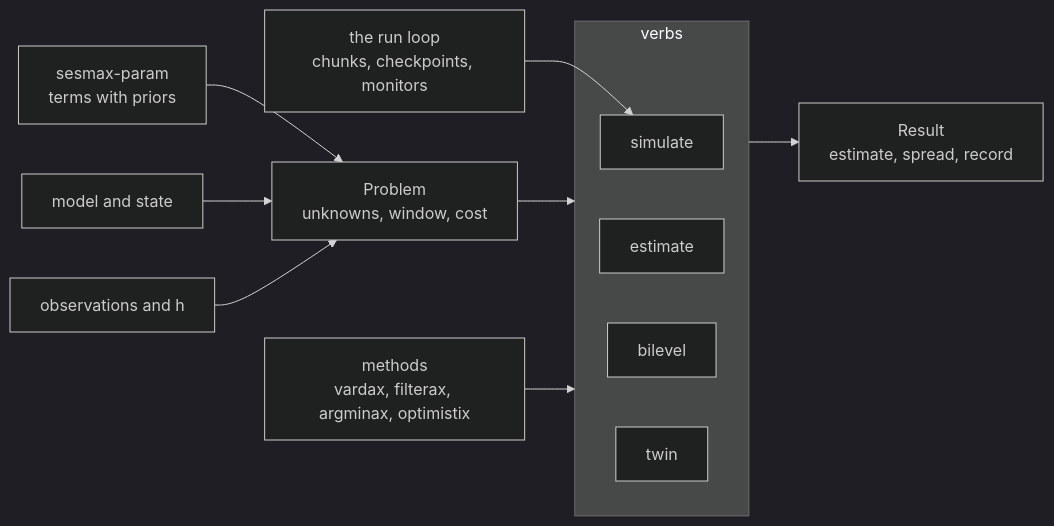
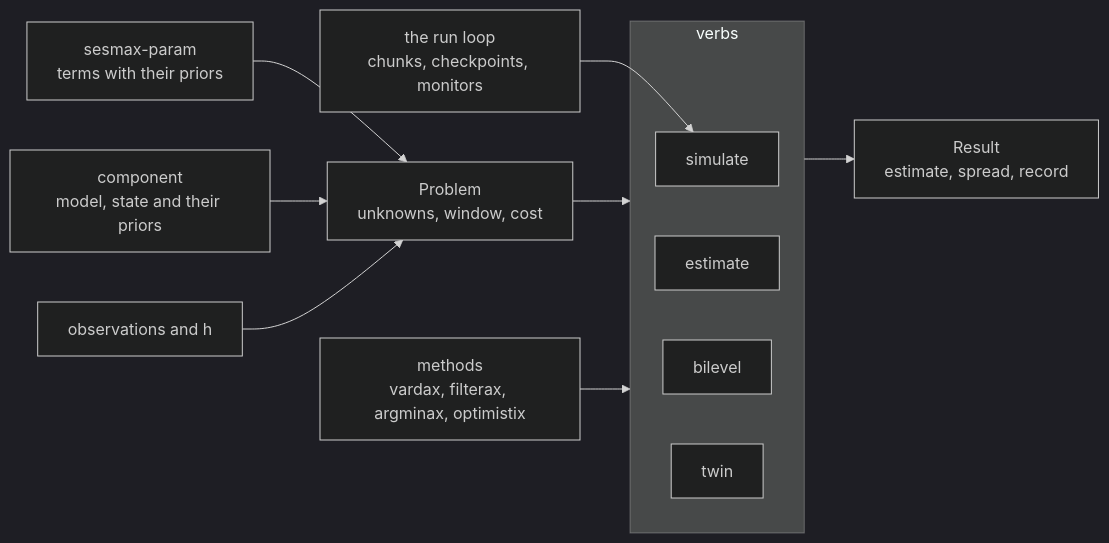
One commit to jejjohnson/sesmax changed the diagram in docs/design/sesmax_experiment.md. Above: the diagram before and after it, drawn with Mermaid (dark theme). The commit also changed other lines of this file and 3 other files, not shown here.

Commit message:
docs(design): priors sit with what they describe, and a boundary check in sesmax-testing

````diff
--- a/docs/design/sesmax_experiment.md
+++ b/docs/design/sesmax_experiment.md
@@ -163,16 +164,16 @@
 ```mermaid
 flowchart LR
-    param["sesmax-param<br/>terms with priors"] --> problem
-    model["model and state"] --> problem
+    param["sesmax-param<br/>terms with their priors"] --> problem
+    model["component<br/>model, state and their priors"] --> problem
     obs["observations and h"] --> problem
     problem["Problem<br/>unknowns, window, cost"] --> verb
     subgraph verb["verbs"]
         sim["simulate"]
         est["estimate"]
         bil["bilevel"]
         tw["twin"]
     end
     methods["methods<br/>vardax, filterax, argminax, optimistix"] --> verb
     verb --> result["Result<br/>estimate, spread, record"]
     runs["the run loop<br/>chunks, checkpoints, monitors"] --> sim
 ```
````
